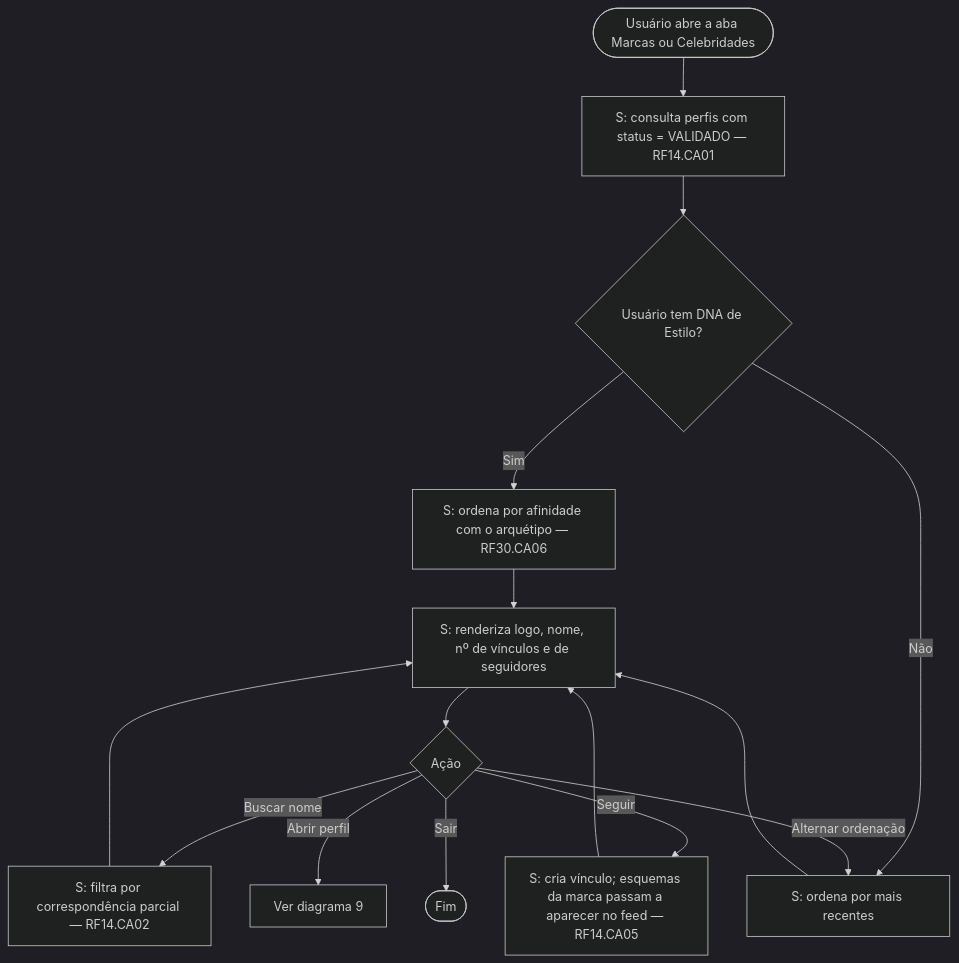
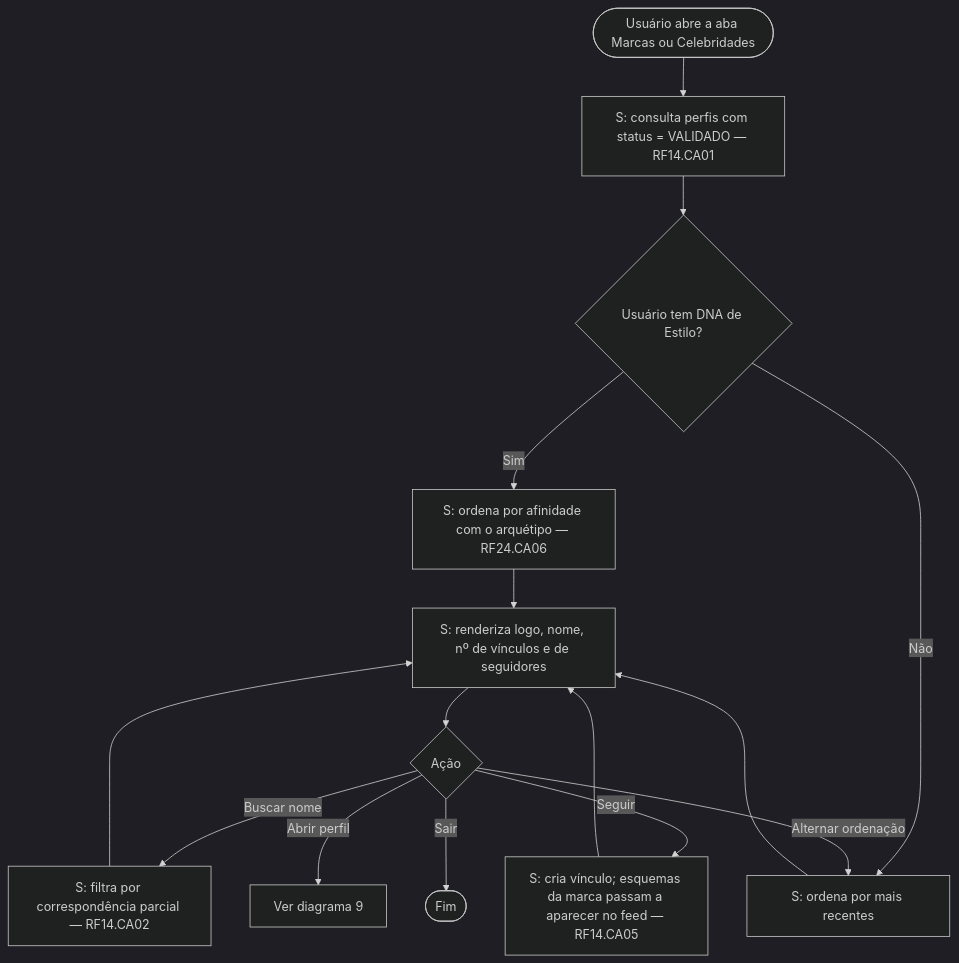
One commit to MatheusHaliski/SAI-TCC-2026 changed the eighth of 23 diagrams in docs/novo-projeto/05-diagramas-atividade.md. Above: the diagram before and after it, drawn with Mermaid (dark theme). The commit also changed other lines of this file and 7 other files, not shown here.

First line of the commit message:
docs: fecha a cobertura de diagramas de atividade e renumera RF30 para RF24

````diff
--- a/docs/novo-projeto/05-diagramas-atividade.md
+++ b/docs/novo-projeto/05-diagramas-atividade.md
@@ -187,15 +187,15 @@
 ```mermaid
 flowchart TD
     A([Usuário abre a aba Marcas ou Celebridades]) --> B[S: consulta perfis com status = VALIDADO — RF14.CA01]
     B --> C{Usuário tem DNA de Estilo?}
-    C -- Sim --> D[S: ordena por afinidade com o arquétipo — RF30.CA06]
+    C -- Sim --> D[S: ordena por afinidade com o arquétipo — RF24.CA06]
     C -- Não --> E[S: ordena por mais recentes]
     D --> F[S: renderiza logo, nome, nº de vínculos e de seguidores]
     E --> F
     F --> G{Ação}
     G -- Buscar nome --> H[S: filtra por correspondência parcial — RF14.CA02] --> F
     G -- Alternar ordenação --> E
     G -- Seguir --> I[S: cria vínculo; esquemas da marca passam a aparecer no feed — RF14.CA05] --> F
     G -- Abrir perfil --> J[Ver diagrama 9]
     G -- Sair --> Z([Fim])
 ```
````
